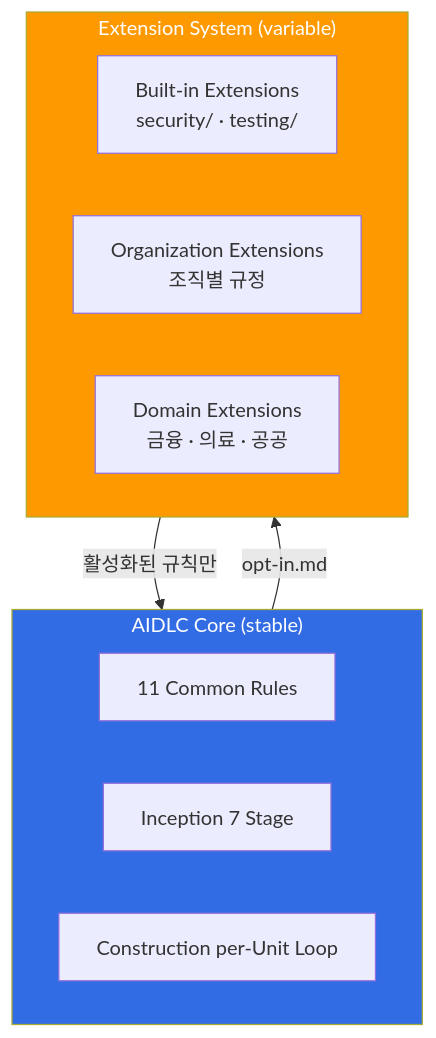
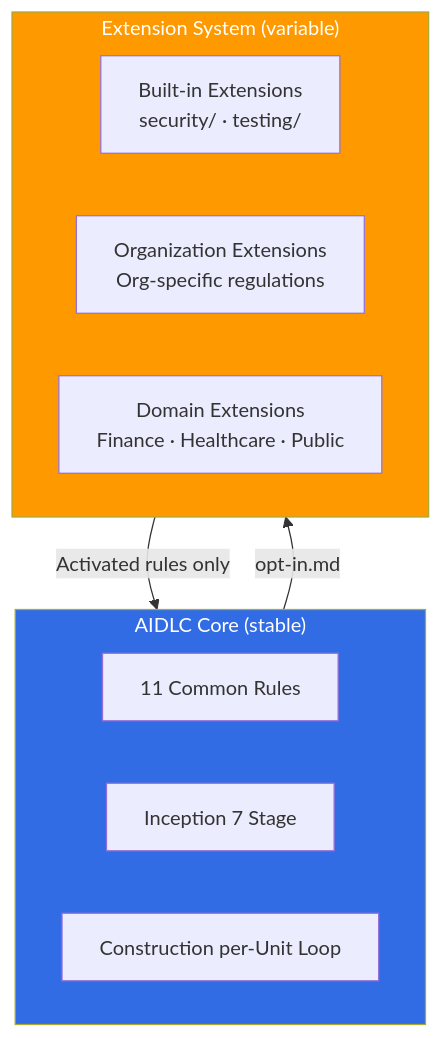
One commit to devfloor9/engineering-playbook changed the first of 2 diagrams in docs/aidlc/enterprise/extension-system.md. Above: the diagram before and after it, drawn with Mermaid. The commit also changed other lines of this file and 954 other files, not shown here.

````diff
--- a/docs/aidlc/enterprise/extension-system.md
+++ b/docs/aidlc/enterprise/extension-system.md
@@ -31,20 +31,20 @@
 ```mermaid
 graph TB
     subgraph Core["AIDLC Core (stable)"]
         CR[11 Common Rules]
         INC[Inception 7 Stage]
         CON[Construction per-Unit Loop]
     end
 
     subgraph Extensions["Extension System (variable)"]
         BUILTIN[Built-in Extensions<br/>security/ · testing/]
-        ORG[Organization Extensions<br/>조직별 규정]
-        DOMAIN[Domain Extensions<br/>금융 · 의료 · 공공]
+        ORG[Organization Extensions<br/>Org-specific regulations]
+        DOMAIN[Domain Extensions<br/>Finance · Healthcare · Public]
     end
 
     Core -->|opt-in.md| Extensions
-    Extensions -->|활성화된 규칙만| Core
+    Extensions -->|Activated rules only| Core
 
     style Core fill:#326ce5,color:#fff
     style Extensions fill:#ff9900,color:#fff
 ```
````
